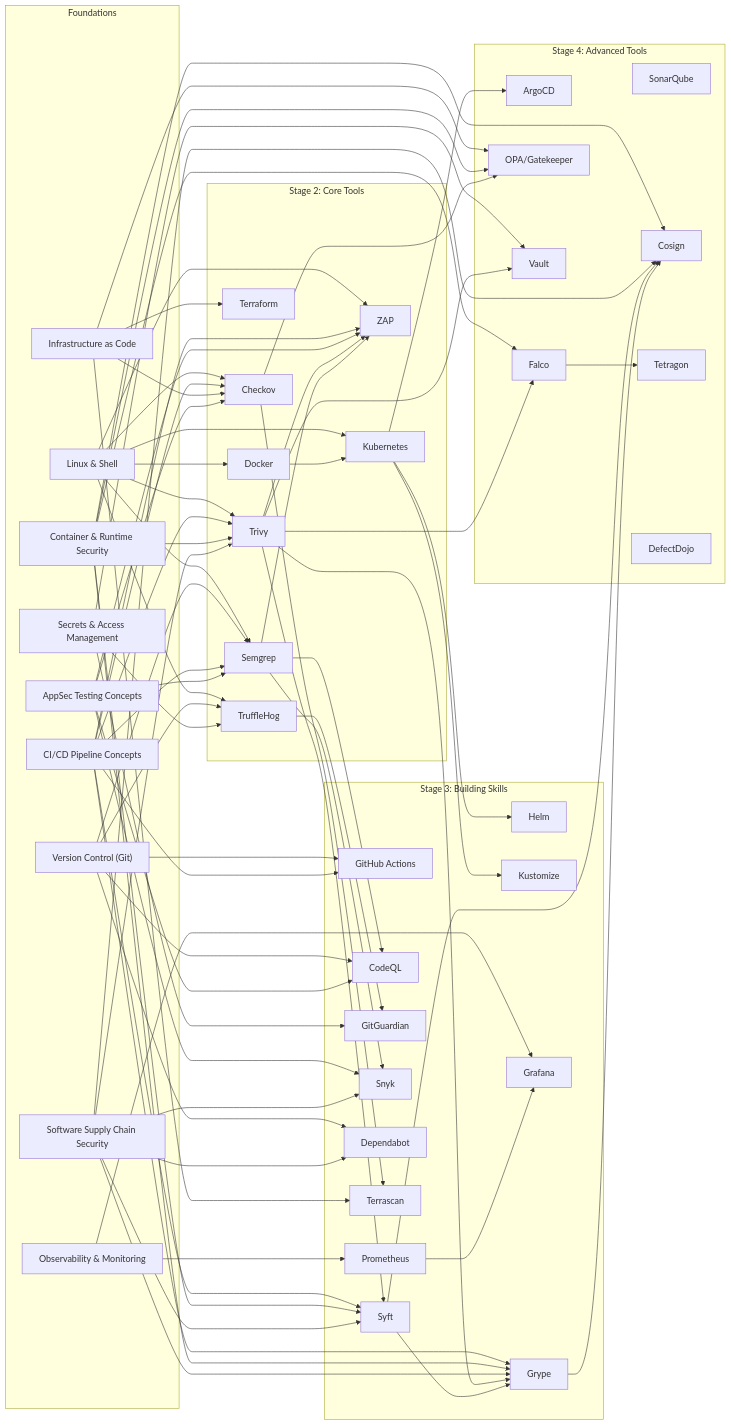
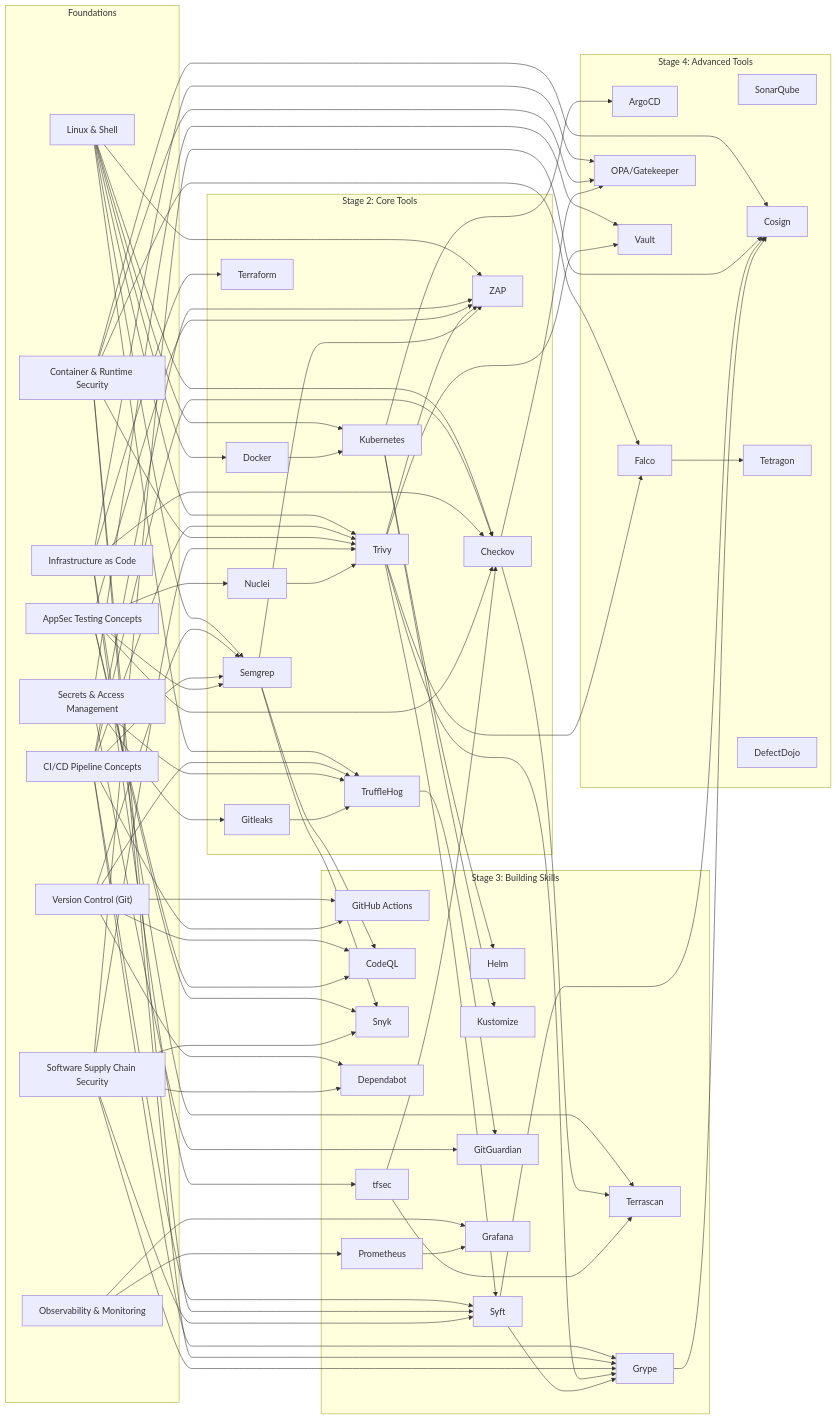
The diagram in 00_index/learning-path.md (Sainathkeesara/DevSecOps-Kit), drawn with Mermaid before and after one commit. The commit also changed other lines of this file and 4 other files, not shown here.

````diff
--- a/00_index/learning-path.md
+++ b/00_index/learning-path.md
@@ -77,74 +80,80 @@
 ```mermaid
 flowchart LR
   subgraph Foundations
     Linux["Linux & Shell"]
     Git["Version Control (Git)"]
     CICD["CI/CD Pipeline Concepts"]
     IaC["Infrastructure as Code"]
     AppSec["AppSec Testing Concepts"]
     Container["Container & Runtime Security"]
     Secrets["Secrets & Access Management"]
     SupplyChain["Software Supply Chain Security"]
     Observ["Observability & Monitoring"]
   end
 
    subgraph Core[Stage 2: Core Tools]
-     Docker
-     Kubernetes
-     Terraform
-     Trivy
-     Semgrep
-     Checkov
-     TruffleHog
-     ZAP
+      Docker
+      Kubernetes
+      Terraform
+      Trivy
+      Nuclei
+      Semgrep
+      Checkov
+      TruffleHog
+      Gitleaks
+      ZAP
+    end
+
+   subgraph Intermediate[Stage 3: Building Skills]
+     Helm
+     Kustomize
+     GitHubActions["GitHub Actions"]
+     Syft
+     Grype
+     CodeQL
+     GitGuardian
+     Snyk
+     Dependabot
+     Terrascan
+     tfsec
+     Prometheus
+     Grafana
    end
-
-  subgraph Intermediate[Stage 3: Building Skills]
-    Helm
-    Kustomize
-    GitHubActions["GitHub Actions"]
-    Syft
-    Grype
-    CodeQL
-    GitGuardian
-    Snyk
-    Dependabot
-    Terrascan
-    Prometheus
-    Grafana
-  end
 
   subgraph Advanced[Stage 4: Advanced Tools]
     ArgoCD
     SonarQube
     Cosign
     Falco
     OPA["OPA/Gatekeeper"]
     Vault
     Tetragon
     DefectDojo
   end
 
   Linux --> Docker & Kubernetes & Trivy & Semgrep & Checkov & TruffleHog & ZAP
   Git --> TruffleHog & CodeQL & Semgrep & Dependabot
   CICD --> Trivy & Semgrep & Checkov & Syft & Grype & ZAP
-   IaC --> Checkov & Terrascan & OPA & Terraform
-  AppSec --> Semgrep & CodeQL & ZAP & Snyk & Checkov
+   IaC --> Checkov & Terrascan & OPA & Terraform & tfsec
+  AppSec --> Semgrep & CodeQL & ZAP & Snyk & Checkov & Nuclei
   Container --> Trivy & Syft & Grype & Cosign & Falco & OPA
-  Secrets --> Vault & TruffleHog & GitGuardian
+  Secrets --> Vault & TruffleHog & Gitleaks & GitGuardian
   SupplyChain --> Syft & Grype & Cosign & Trivy & Dependabot & Snyk
   Observ --> Prometheus & Grafana
 
   Docker --> Kubernetes
   Kubernetes --> Helm & Kustomize & ArgoCD
   Git --> GitHubActions
   CICD --> GitHubActions
   Trivy --> Syft & Grype & ZAP & Vault & Falco
   Falco --> Tetragon
   Semgrep --> ZAP & CodeQL & Snyk
   Checkov --> Terrascan & OPA
   TruffleHog --> GitGuardian
   Syft --> Grype & Cosign
   Grype --> Cosign
   Prometheus --> Grafana
+  Nuclei --> Trivy
+  Gitleaks --> TruffleHog
+  tfsec --> Checkov & Terrascan
 ```
````
